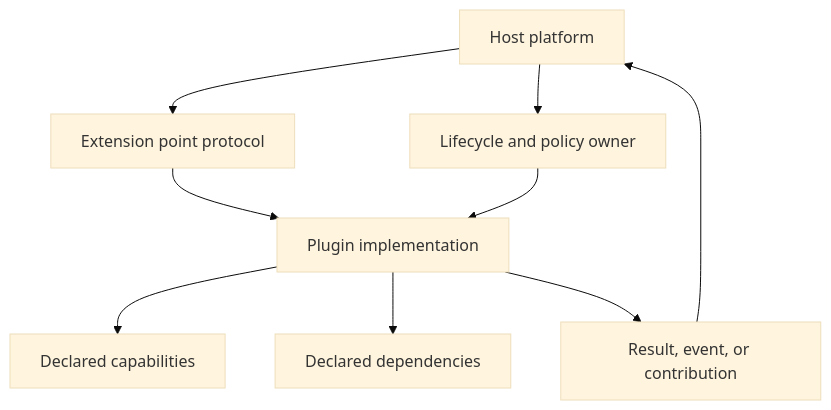
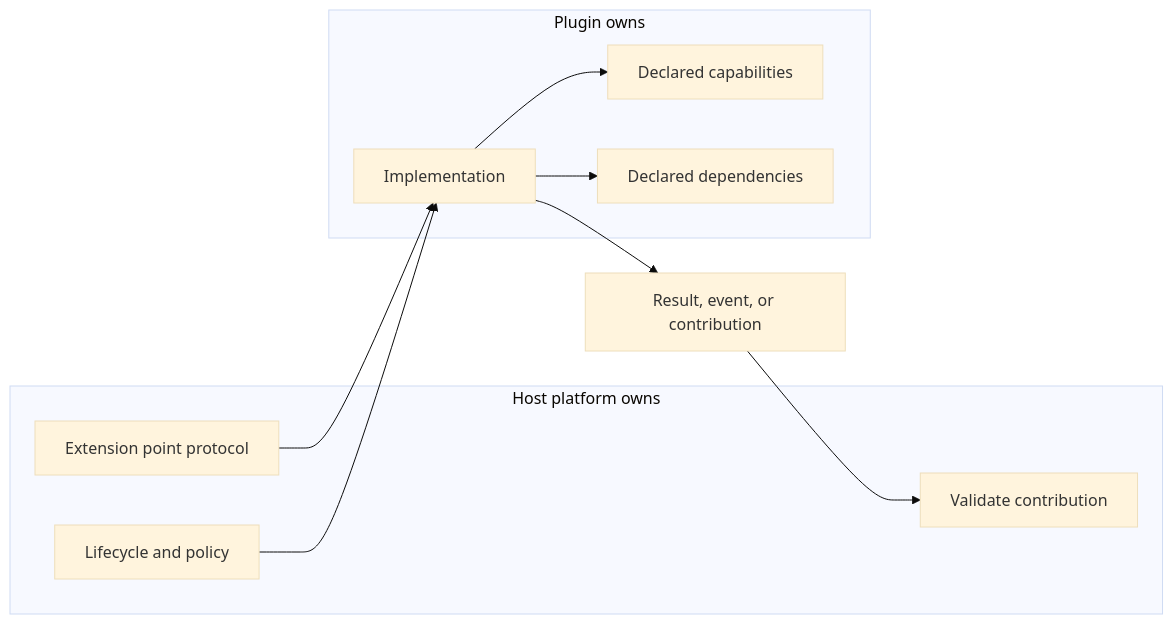
Before and after one commit to melancholygaze13/preparation-kit: the diagram in docs/architecture/plugin-platform-and-sdk-architecture/extension-points-and-plugin-contracts/theory.md, drawn with Mermaid (base theme). The commit also changed 79 other files, not shown here.

Commit message:
docs: improve study content clarity and architecture guidance

````diff
--- a/docs/architecture/plugin-platform-and-sdk-architecture/extension-points-and-plugin-contracts/theory.md
+++ b/docs/architecture/plugin-platform-and-sdk-architecture/extension-points-and-plugin-contracts/theory.md
@@ -32,11 +32,21 @@
 ```mermaid
-flowchart TD
-    A["Host platform"] --> B["Extension point protocol"]
-    B --> C["Plugin implementation"]
-    C --> D["Declared capabilities"]
-    C --> E["Declared dependencies"]
-    A --> F["Lifecycle and policy owner"]
-    F --> C
-    C --> G["Result, event, or contribution"]
-    G --> A
+flowchart LR
+    subgraph Host["Host platform owns"]
+        Entry["Extension point protocol"]
+        Policy["Lifecycle and policy"]
+        Validate["Validate contribution"]
+    end
+
+    subgraph Plugin["Plugin owns"]
+        Impl["Implementation"]
+        Caps["Declared capabilities"]
+        Deps["Declared dependencies"]
+    end
+
+    Entry --> Impl
+    Policy --> Impl
+    Impl --> Caps
+    Impl --> Deps
+    Impl --> Result["Result, event, or contribution"]
+    Result --> Validate
 ```
````
